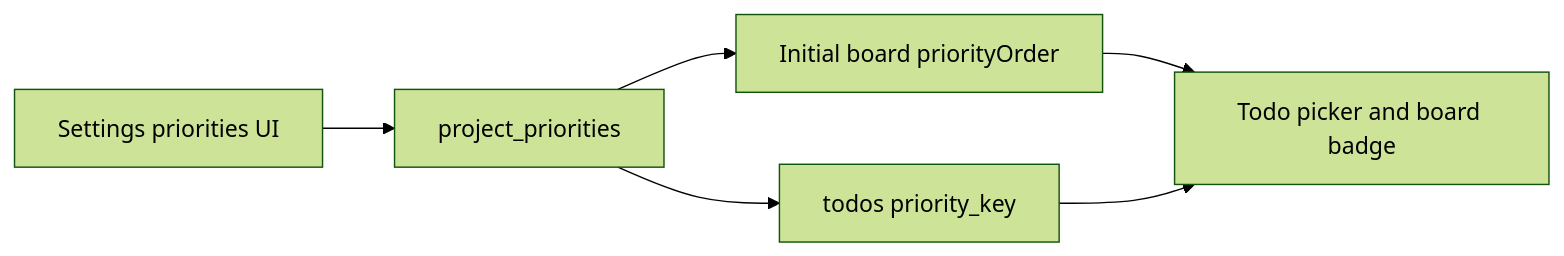
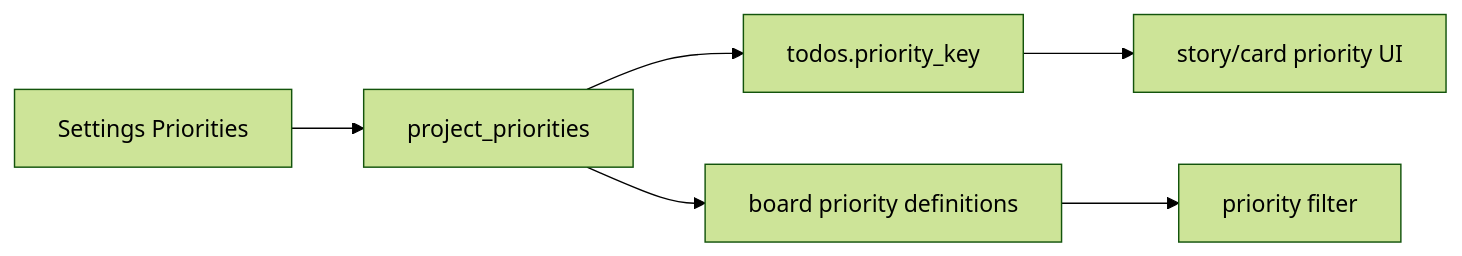
Before and after one commit to markrai/scrumboy: the third of 5 diagrams in docs/diagrams/scrumboy_board_kanban.md, drawn with Mermaid (forest theme). The commit also changed other lines of this file and 189 other files, not shown here.

````diff
--- a/docs/diagrams/scrumboy_board_kanban.md
+++ b/docs/diagrams/scrumboy_board_kanban.md
@@ -27,11 +49,15 @@
 ```mermaid
 flowchart LR
-  Settings[Settings priorities UI]
+  Settings[Settings Priorities]
   Tiers[project_priorities]
-  BoardRead[Initial board priorityOrder]
-  Todo[todos priority_key]
-  Badge[Todo picker and board badge]
+  Todo[todos.priority_key]
+  Board[board priority definitions]
+  Filter[priority filter]
+  Badge[story/card priority UI]
 
-  Settings --> Tiers --> BoardRead --> Badge
-  Tiers --> Todo --> Badge
+  Settings --> Tiers
+  Tiers --> Todo
+  Tiers --> Board
+  Board --> Filter
+  Todo --> Badge
 ```
````
